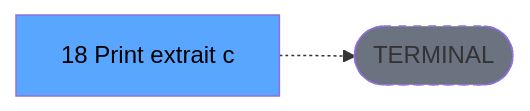
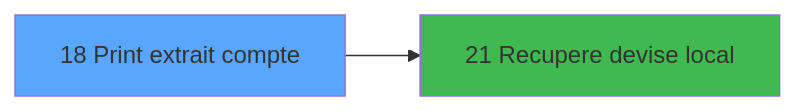
The third of 3 diagrams in .openspec/specs/ADH-IDE-18.md (thonyAGP/magic-migration), drawn with Mermaid before and after one commit. The commit also changed other lines of this file and 253 other files, not shown here.

````diff
--- a/.openspec/specs/ADH-IDE-18.md
+++ b/.openspec/specs/ADH-IDE-18.md
@@ -136,8 +400,8 @@
 ```mermaid
 graph LR
-    T[18 Print extrait c]
-    TERM([TERMINAL])
-    T -.-> TERM
-    style TERM fill:#6b7280,stroke-dasharray: 5 5
-    style T fill:#58a6ff,color:#000
+    T18[18 Print extrait compte]
+    style T18 fill:#58a6ff
+    C21[21 Recupere devise local]
+    T18 --> C21
+    style C21 fill:#3fb950
 ```
````
